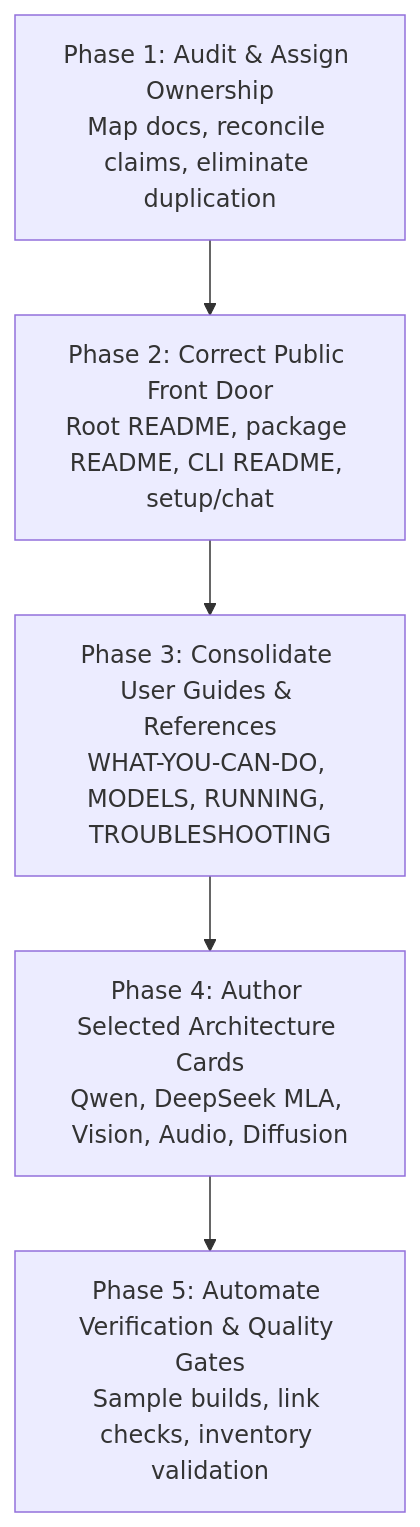
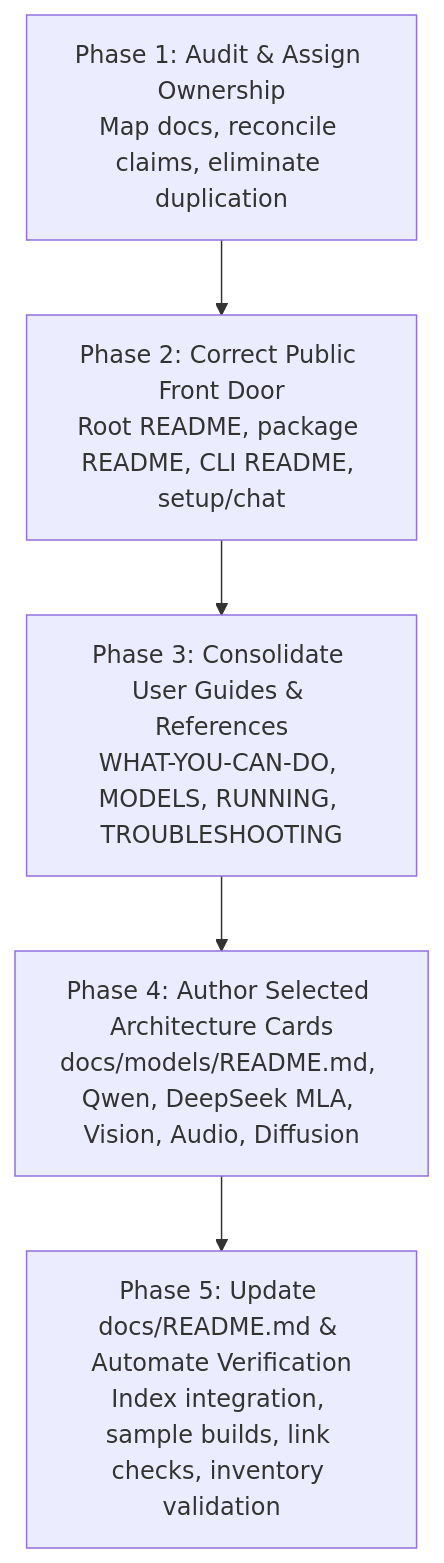
Before and after one commit to opentail-net/OpenTail.Stingray: the second of 2 diagrams in docs/3-product-and-runtime/2026-10-09-documentation-architecture-plan.md, drawn with Mermaid. The commit also changed other lines of this file, not shown here.

Commit message:
docs: apply reviewer corrections to documentation architecture plan

````diff
--- a/docs/3-product-and-runtime/2026-10-09-documentation-architecture-plan.md
+++ b/docs/3-product-and-runtime/2026-10-09-documentation-architecture-plan.md
@@ -185,7 +214,7 @@
 ```mermaid
 graph TD
     P1[Phase 1: Audit & Assign Ownership<br/>Map docs, reconcile claims, eliminate duplication] --> P2[Phase 2: Correct Public Front Door<br/>Root README, package README, CLI README, setup/chat]
     P2 --> P3[Phase 3: Consolidate User Guides & References<br/>WHAT-YOU-CAN-DO, MODELS, RUNNING, TROUBLESHOOTING]
-    P3 --> P4[Phase 4: Author Selected Architecture Cards<br/>Qwen, DeepSeek MLA, Vision, Audio, Diffusion]
-    P4 --> P5[Phase 5: Automate Verification & Quality Gates<br/>Sample builds, link checks, inventory validation]
+    P3 --> P4[Phase 4: Author Selected Architecture Cards<br/>docs/models/README.md, Qwen, DeepSeek MLA, Vision, Audio, Diffusion]
+    P4 --> P5[Phase 5: Update docs/README.md & Automate Verification<br/>Index integration, sample builds, link checks, inventory validation]
 ```
````
